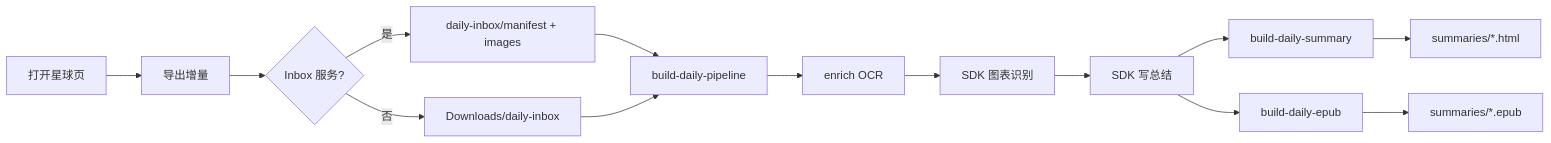
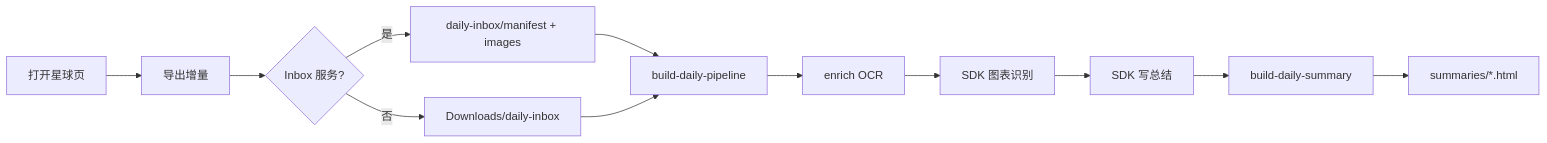
One commit to shijianzhiwai/ZSXQ-AI-Explainer changed the diagram in docs/DAILY-PIPELINE.md. Above: the diagram before and after it, drawn with Mermaid. The commit also changed other lines of this file and 6 other files, not shown here.

````diff
--- a/docs/DAILY-PIPELINE.md
+++ b/docs/DAILY-PIPELINE.md
@@ -7,16 +7,14 @@
 ```mermaid
 flowchart LR
   A[打开星球页] --> B[导出增量]
   B --> C{Inbox 服务?}
   C -->|是| D[daily-inbox/manifest + images]
   C -->|否| D2[Downloads/daily-inbox]
   D --> E[build-daily-pipeline]
   D2 --> E
   E --> F[enrich OCR]
   F --> G[SDK 图表识别]
   G --> H[SDK 写总结]
   H --> I[build-daily-summary]
-  H --> K[build-daily-epub]
   I --> J[summaries/*.html]
-  K --> L[summaries/*.epub]
 ```
````
